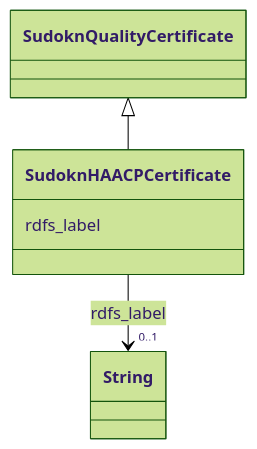
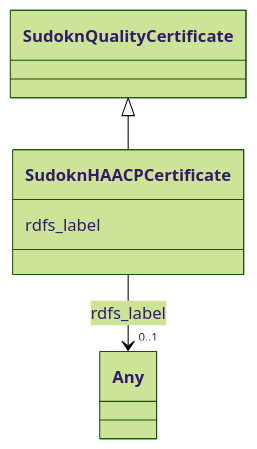
One commit to frink-okn/graph-descriptions changed the diagram in sudokn-kg/classes/SudoknHAACPCertificate.md. Above: the diagram before and after it, drawn with Mermaid (forest theme). The commit also changed other lines of this file and 903 other files, not shown here.

````diff
--- a/sudokn-kg/classes/SudoknHAACPCertificate.md
+++ b/sudokn-kg/classes/SudoknHAACPCertificate.md
@@ -23,18 +18,18 @@
 ```mermaid
  classDiagram
     class SudoknHAACPCertificate
     click SudoknHAACPCertificate href "../SudoknHAACPCertificate"
       SudoknQualityCertificate <|-- SudoknHAACPCertificate
         click SudoknQualityCertificate href "../SudoknQualityCertificate"
       
       SudoknHAACPCertificate : rdfs_label
         
           
     
     
-    SudoknHAACPCertificate --> "0..1" String : rdfs_label
-    click String href "../String"
+    SudoknHAACPCertificate --> "0..1" Any : rdfs_label
+    click Any href "../Any"
 
         
       
 ```
````
